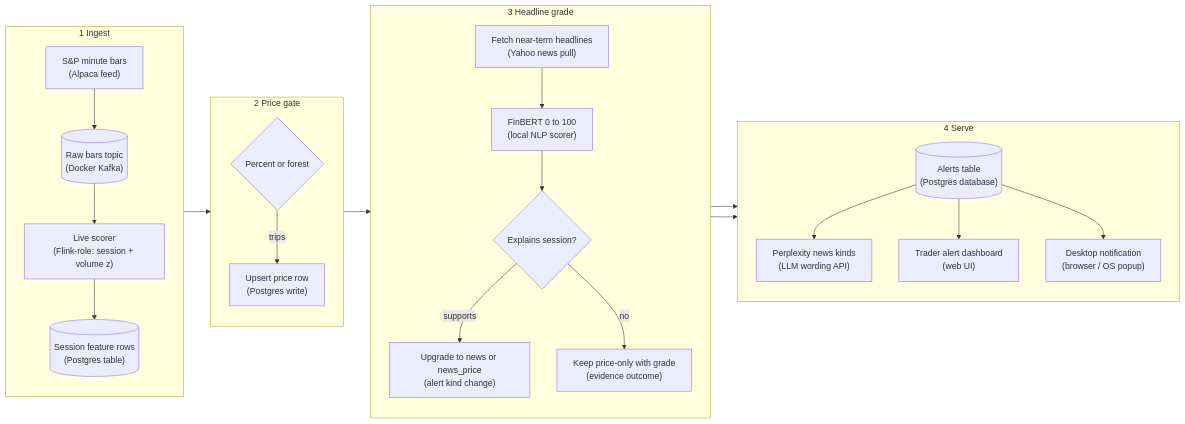
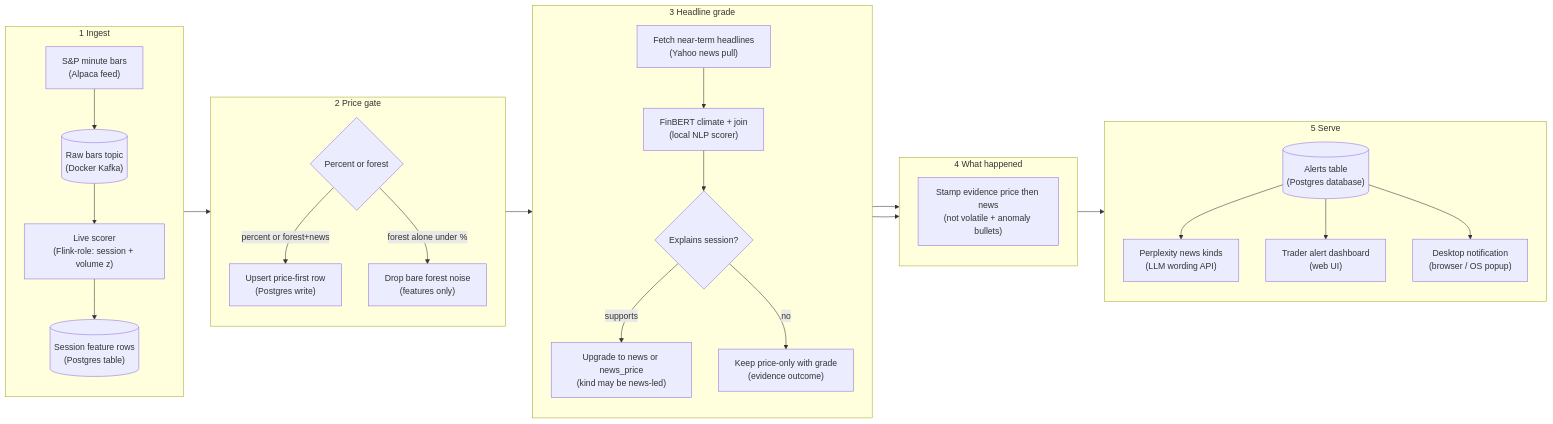
One commit to sameerde4/ticker-alert-system changed the tenth of 11 diagrams in docs/architecture.md. Above: the diagram before and after it, drawn with Mermaid. The commit also changed other lines of this file and 4 other files, not shown here.

First line of the commit message:
Document Alert history, climate join, and What happened flow.

````diff
--- a/docs/architecture.md
+++ b/docs/architecture.md
@@ -496,33 +502,39 @@
 ```mermaid
 flowchart LR
     subgraph ingest [1 Ingest]
         direction TB
         MKT["S&P minute bars<br/>(Alpaca feed)"] --> KT[("Raw bars topic<br/>(Docker Kafka)")]
         KT --> SCORE["Live scorer<br/>(Flink-role: session + volume z)"]
         SCORE --> FEATSTORE[("Session feature rows<br/>(Postgres table)")]
     end
 
     subgraph gate [2 Price gate]
         direction TB
         SCORE --> GATE{Percent or forest}
-        GATE -->|trips| PRICE["Upsert price row<br/>(Postgres write)"]
+        GATE -->|percent or forest+news| PRICE["Upsert price-first row<br/>(Postgres write)"]
+        GATE -->|forest alone under %| DROP["Drop bare forest noise<br/>(features only)"]
     end
 
     subgraph news [3 Headline grade]
         direction TB
         PRICE --> NEWSLOOK["Fetch near-term headlines<br/>(Yahoo news pull)"]
-        NEWSLOOK --> FINBERT["FinBERT 0 to 100<br/>(local NLP scorer)"]
+        NEWSLOOK --> FINBERT["FinBERT climate + join<br/>(local NLP scorer)"]
         FINBERT --> SLICE{Explains session?}
-        SLICE -->|supports| UPGRADE["Upgrade to news or news_price<br/>(alert kind change)"]
+        SLICE -->|supports| UPGRADE["Upgrade to news or news_price<br/>(kind may be news-led)"]
         SLICE -->|no| KEEP["Keep price-only with grade<br/>(evidence outcome)"]
     end
 
-    subgraph out [4 Serve]
+    subgraph story [4 What happened]
         direction TB
-        UPGRADE --> PG[("Alerts table<br/>(Postgres database)")]
-        KEEP --> PG
+        UPGRADE --> EVID["Stamp evidence price then news<br/>(not volatile + anomaly bullets)"]
+        KEEP --> EVID
+    end
+
+    subgraph out [5 Serve]
+        direction TB
+        EVID --> PG[("Alerts table<br/>(Postgres database)")]
         PG --> PPLX["Perplexity news kinds<br/>(LLM wording API)"]
         PG --> DASH["Trader alert dashboard<br/>(web UI)"]
         PG --> NOTIFY["Desktop notification<br/>(browser / OS popup)"]
     end
 ```
````
